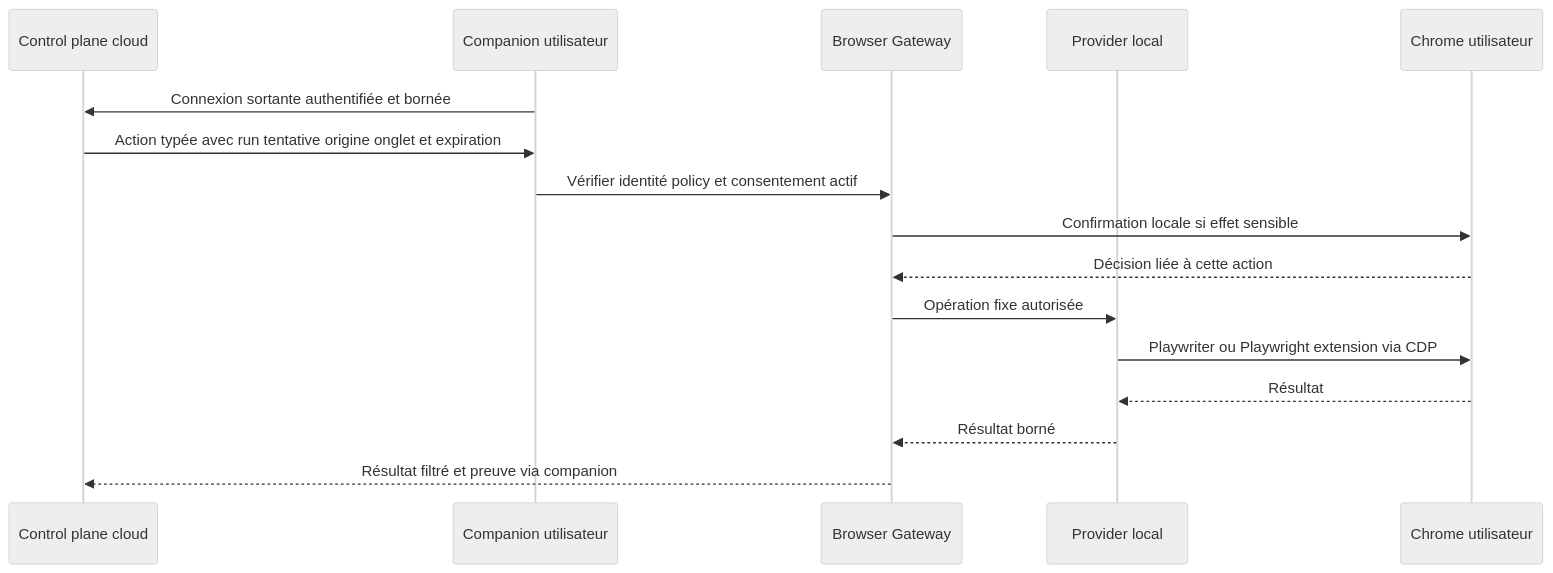
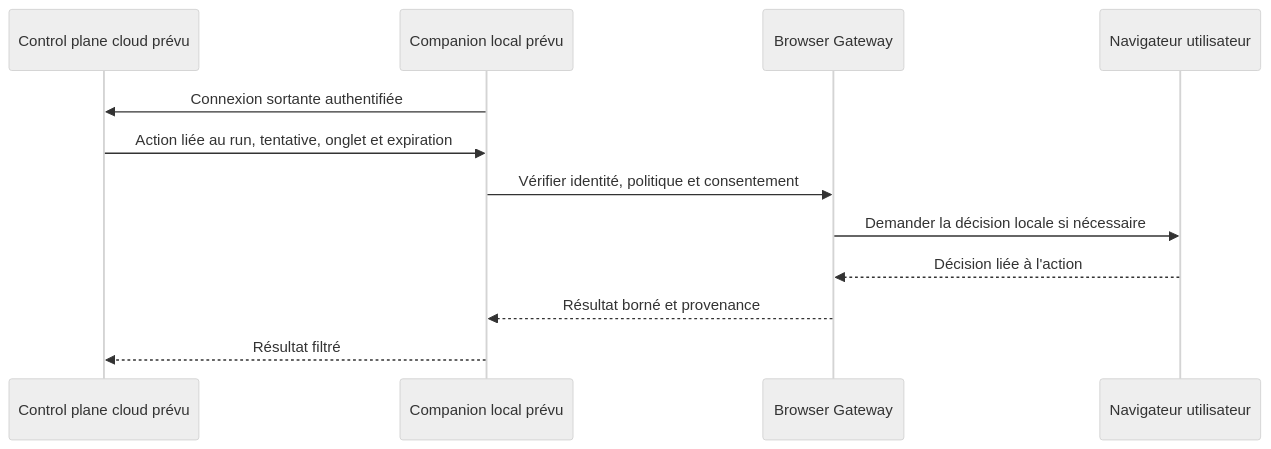
One commit to bachirdw/agregat-back-git changed the third of 3 diagrams in docs/architecture.md. Above: the diagram before and after it, drawn with Mermaid (neutral theme). The commit also changed other lines of this file and 36 other files, not shown here.

First line of the commit message:
[docs-01] Documentation alignée sur le code : architecture (Mermaid validé), ADR 006 à jour, ADR 008 mode propriétaire, recherche, plan MVP, FINAL, README, passation

````diff
--- a/docs/architecture.md
+++ b/docs/architecture.md
@@ -111,18 +113,14 @@
 ```mermaid
 sequenceDiagram
-  participant C as Control plane cloud
-  participant L as Companion utilisateur
+  participant C as Control plane cloud prévu
+  participant L as Companion local prévu
   participant G as Browser Gateway
-  participant P as Provider local
-  participant U as Chrome utilisateur
-  L->>C: Connexion sortante authentifiée et bornée
-  C->>L: Action typée avec run tentative origine onglet et expiration
-  L->>G: Vérifier identité policy et consentement actif
-  G->>U: Confirmation locale si effet sensible
-  U-->>G: Décision liée à cette action
-  G->>P: Opération fixe autorisée
-  P->>U: Playwriter ou Playwright extension via CDP
-  U-->>P: Résultat
-  P-->>G: Résultat borné
-  G-->>C: Résultat filtré et preuve via companion
+  participant U as Navigateur utilisateur
+  L->>C: Connexion sortante authentifiée
+  C->>L: Action liée au run, tentative, onglet et expiration
+  L->>G: Vérifier identité, politique et consentement
+  G->>U: Demander la décision locale si nécessaire
+  U-->>G: Décision liée à l'action
+  G-->>L: Résultat borné et provenance
+  L-->>C: Résultat filtré
 ```
````
